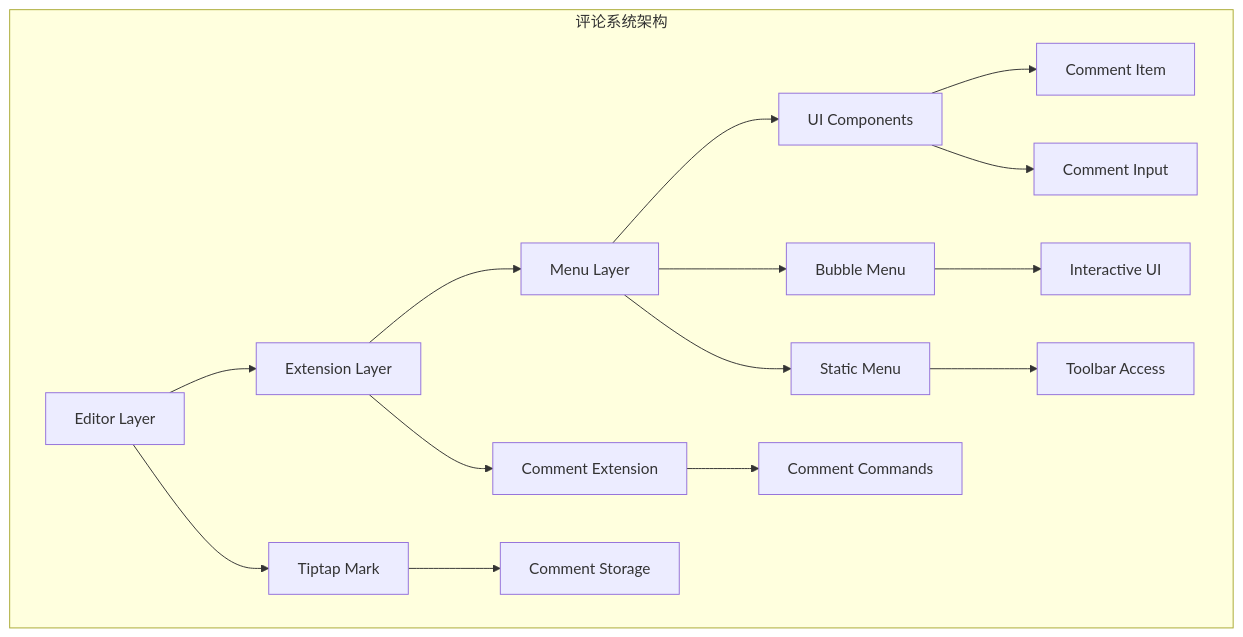
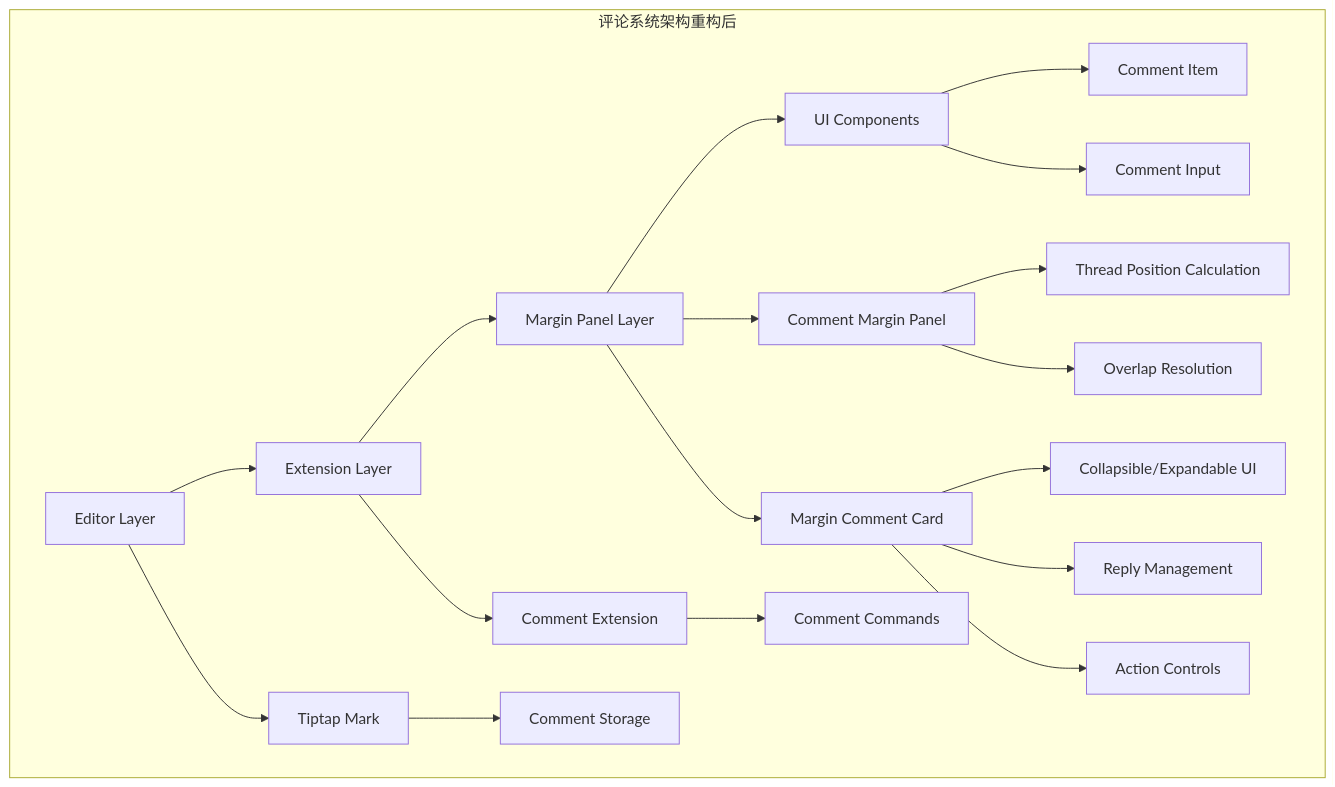
Before and after one commit to LRF0422/Kotion: the second of 9 diagrams in .qoder/repowiki/zh/content/增强评论系统.md, drawn with Mermaid. The commit also changed other lines of this file and 5 other files, not shown here.

````diff
--- a/.qoder/repowiki/zh/content/增强评论系统.md
+++ b/.qoder/repowiki/zh/content/增强评论系统.md
@@ -91,18 +105,21 @@
 ```mermaid
 graph TB
-subgraph "评论系统架构"
+subgraph "评论系统架构重构后"
 A[Editor Layer] --> B[Extension Layer]
-B --> C[Menu Layer]
+B --> C[Margin Panel Layer]
 C --> D[UI Components]
 A --> E[Tiptap Mark]
 B --> F[Comment Extension]
-C --> G[Bubble Menu]
-C --> H[Static Menu]
+C --> G[Comment Margin Panel]
+C --> H[Margin Comment Card]
 D --> I[Comment Item]
 D --> J[Comment Input]
 E --> K[Comment Storage]
 F --> L[Comment Commands]
-G --> M[Interactive UI]
-H --> N[Toolbar Access]
+G --> M[Thread Position Calculation]
+G --> N[Overlap Resolution]
+H --> O[Collapsible/Expandable UI]
+H --> P[Reply Management]
+H --> Q[Action Controls]
 end
 ```
````
